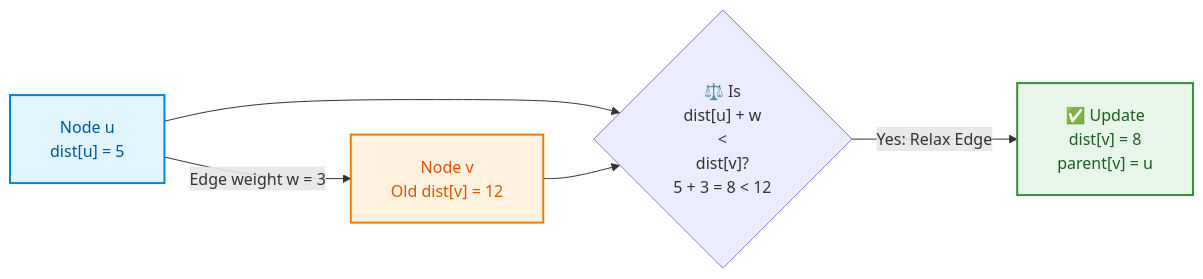
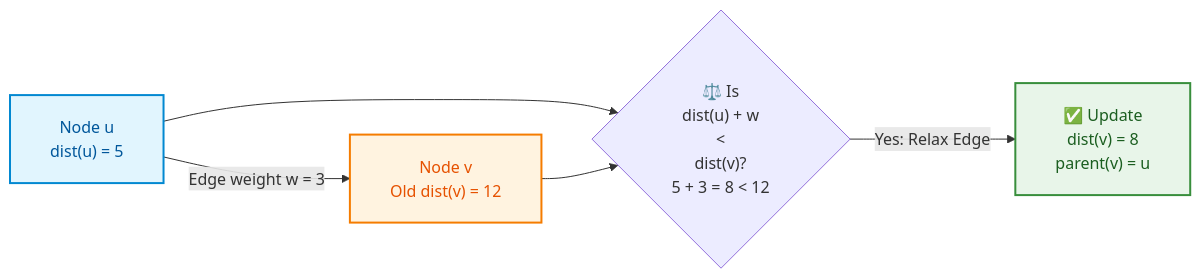
The second of 15 diagrams in week_09_graph_algorithms_i/Week_09_Visual_Concepts_Playbook_HYBRID.md (dip4k/DSA_102), drawn with Mermaid before and after one commit. The commit also changed other lines of this file and 147 other files, not shown here.

First line of the commit message:
feat(curriculum): enrich Weeks 01-19 instructional modules & resolve repository-wide Mermaid cutoff

````diff
--- a/week_09_graph_algorithms_i/Week_09_Visual_Concepts_Playbook_HYBRID.md
+++ b/week_09_graph_algorithms_i/Week_09_Visual_Concepts_Playbook_HYBRID.md
@@ -127,15 +127,15 @@
 ```mermaid
 %%{init: {"flowchart": {"htmlLabels": true, "padding": 20}, "themeCSS": "foreignObject { overflow: visible !important; }"}}%%
 flowchart LR
-    classDef known fill:#e1f5fe,stroke:#0288d1,color:#01579b,stroke-width:2px;
-    classDef target fill:#fff3e0,stroke:#f57c00,color:#e65100,stroke-width:2px;
-    classDef action fill:#e8f5e9,stroke:#388e3c,color:#1b5e20,stroke-width:2px;
+    classDef known fill:#e1f5fe,stroke:#0288d1,color:#01579b,stroke-width:2px
+    classDef target fill:#fff3e0,stroke:#f57c00,color:#e65100,stroke-width:2px
+    classDef action fill:#e8f5e9,stroke:#388e3c,color:#1b5e20,stroke-width:2px
 
-    U["Node u<br/>dist[u] = 5"]:::known
-    V["Node v<br/>Old dist[v] = 12"]:::target
+    U["Node u<br/>dist(u) = 5"]:::known
+    V["Node v<br/>Old dist(v) = 12"]:::target
     U -->|"Edge weight w = 3"| V
-    Rel{"⚖️ Is<br/>dist[u] + w<br/>&lt;<br/>dist[v]?<br/>5 + 3 = 8 &lt; 12"}
+    Rel{"⚖️ Is<br/>dist(u) + w<br/>&lt;<br/>dist(v)?<br/>5 + 3 = 8 &lt; 12"}
     U --> Rel
     V --> Rel
-    Rel -->|Yes: Relax Edge| NewV["✅ Update<br/>dist[v] = 8<br/>parent[v] = u"]:::action
+    Rel -->|Yes: Relax Edge| NewV["✅ Update<br/>dist(v) = 8<br/>parent(v) = u"]:::action
 ```
````
